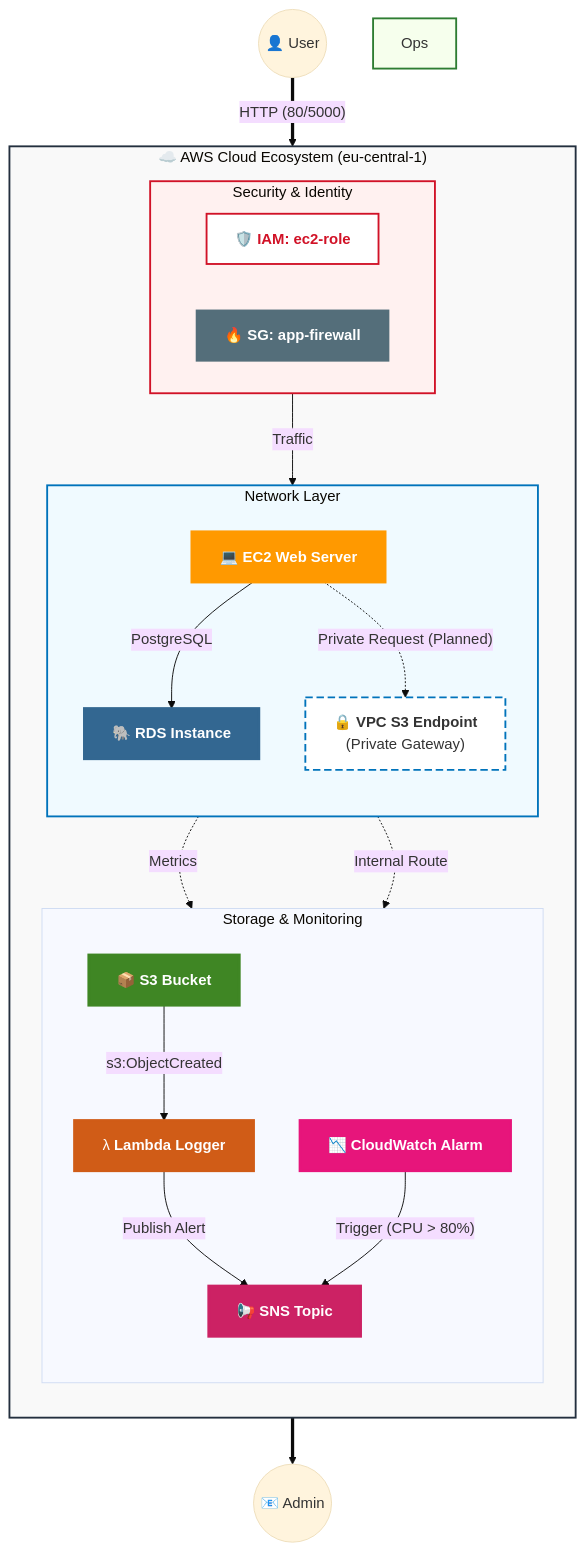
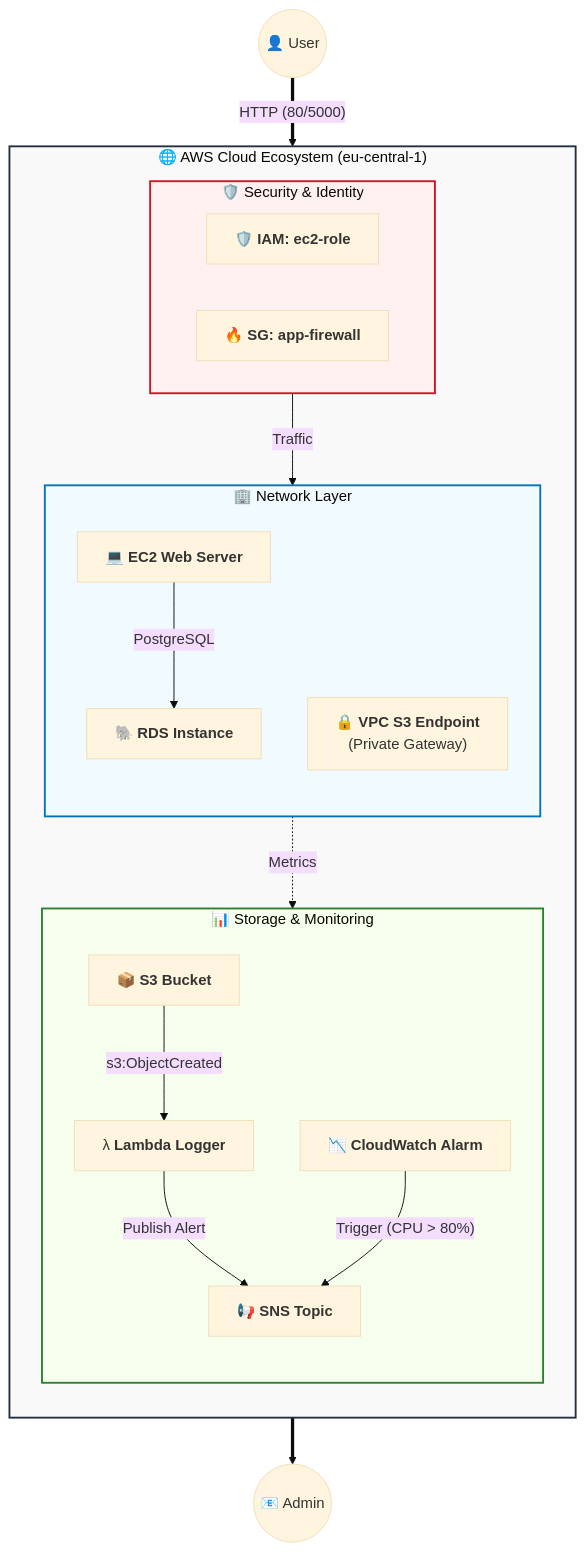
Before and after one commit to Zorropy/AWS_grocery: the diagram in README.md, drawn with Mermaid (base theme).

Commit message:
fix: repair mermaid syntax typo

````diff
--- a/README.md
+++ b/README.md
@@ -78,56 +78,45 @@
 ```mermaid
 graph TB
-    subgraph AWS_Cloud ["☁️ AWS Cloud Ecosystem (eu-central-1)"]
+    subgraph AWS_Cloud ["🌐 AWS Cloud Ecosystem (eu-central-1)"]
         direction TB
 
-        subgraph Security ["Security & Identity"]
+        subgraph Security ["🛡️ Security & Identity"]
             direction LR
             IAM["🛡️ <b>IAM: ec2-role</b>"]
             SG["🔥 <b>SG: app-firewall</b>"]
         end
 
-        subgraph VPC ["Network Layer"]
+        subgraph VPC ["🏢 Network Layer"]
             direction TB
             EC2["💻 <b>EC2 Web Server</b>"]
             RDS["🐘 <b>RDS Instance</b>"]
             VPCE["🔒 <b>VPC S3 Endpoint</b><br/>(Private Gateway)"]
         end
 
-        subgraph Operations ["Storage & Monitoring"]
+        subgraph Backend ["📊 Storage & Monitoring"]
             direction TB
             S3["📦 <b>S3 Bucket</b>"]
             Lambda["λ <b>Lambda Logger</b>"]
             CW["📉 <b>CloudWatch Alarm</b>"]
             SNS["📢 <b>SNS Topic</b>"]
         end
     end
 
-    %% Flows
+    %% ... (Flows bleiben gleich) ...
     User((👤 User)) == "HTTP (80/5000)" ==> SG
     SG -- "Traffic" --> EC2
     EC2 -- "PostgreSQL" --> RDS
     S3 -- "s3:ObjectCreated" --> Lambda
     Lambda -- "Publish Alert" --> SNS
     EC2 -. "Metrics" .-> CW
     CW -- "Trigger (CPU > 80%)" --> SNS
     SNS ==> Admin((📧 Admin))
 
-    %% --- Styling ---
+    %% --- STYLING (Hier liegt der Fehler begraben) ---
     style AWS_Cloud fill:#f9f9f9,stroke:#232F3E,stroke-width:2px
     style Security fill:#fff1f0,stroke:#D11227,stroke-width:2px,stroke-dasharray: 0
     style VPC fill:#f0faff,stroke:#0073BB,stroke-width:2px
-    style Ops fill:#f6ffed,stroke:#2E7D32,stroke-width:2px
+    style Backend fill:#f6ffed,stroke:#2E7D32,stroke-width:2px
 
-    style EC2 fill:#FF9900,stroke:#FF9900,color:#fff,stroke-width:3px
-    style RDS fill:#336791,stroke:#336791,color:#fff,stroke-width:3px
-    style S3 fill:#3F8624,stroke:#3F8624,color:#fff,stroke-width:3px
-    style Lambda fill:#D05C17,stroke:#D05C17,color:#fff,stroke-width:3px
-    style SNS fill:#CC2264,stroke:#CC2264,color:#fff,stroke-width:3px
-    style CW fill:#E7157B,stroke:#E7157B,color:#fff,stroke-width:3px
-    style IAM fill:#ffffff,stroke:#D11227,color:#D11227,stroke-width:2px
-    style SG fill:#546E7A,stroke:#546E7A,color:#fff,stroke-width:2px
-    style VPCE fill:#ffffff,stroke:#0073BB,stroke-width:2px,stroke-dasharray: 8 4
-
-    EC2 -. "Private Request (Planned)" .-> VPCE
-    VPCE -. "Internal Route" .-> S3
+    %% (Alle anderen Styles wie EC2, S3 etc. so lassen wie sie sind)
 ```    
````
